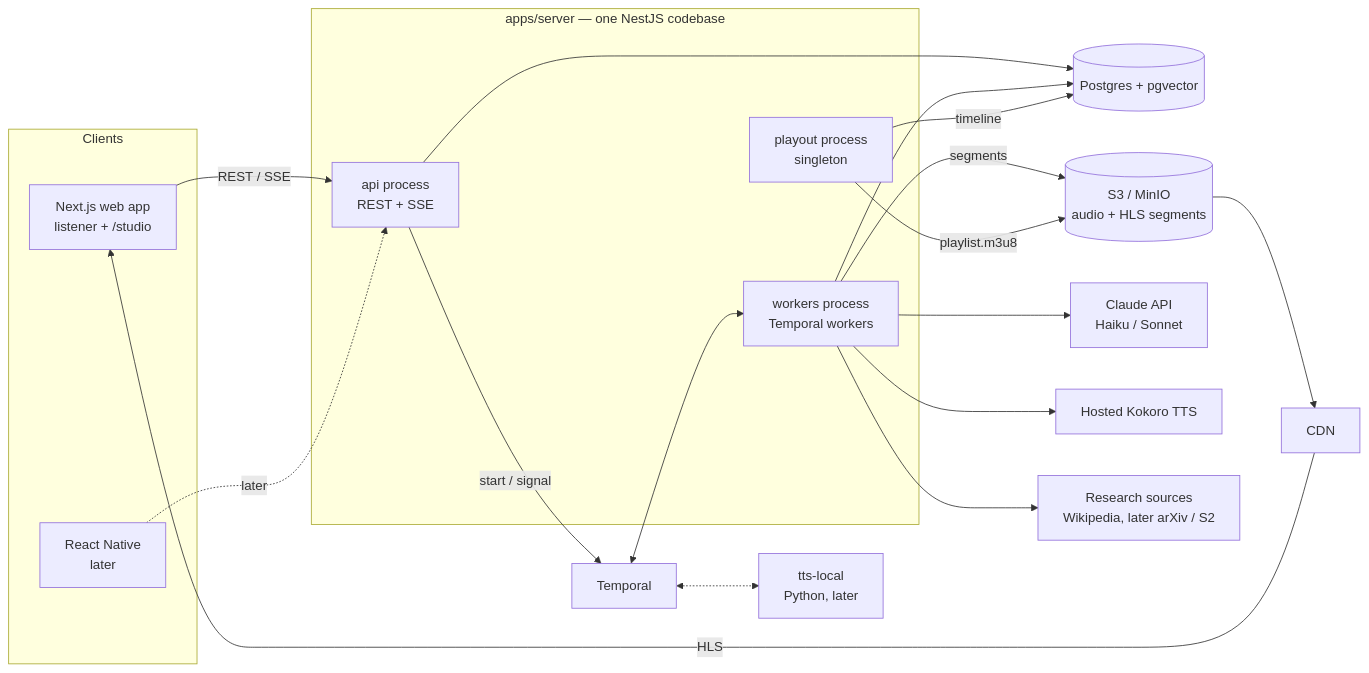
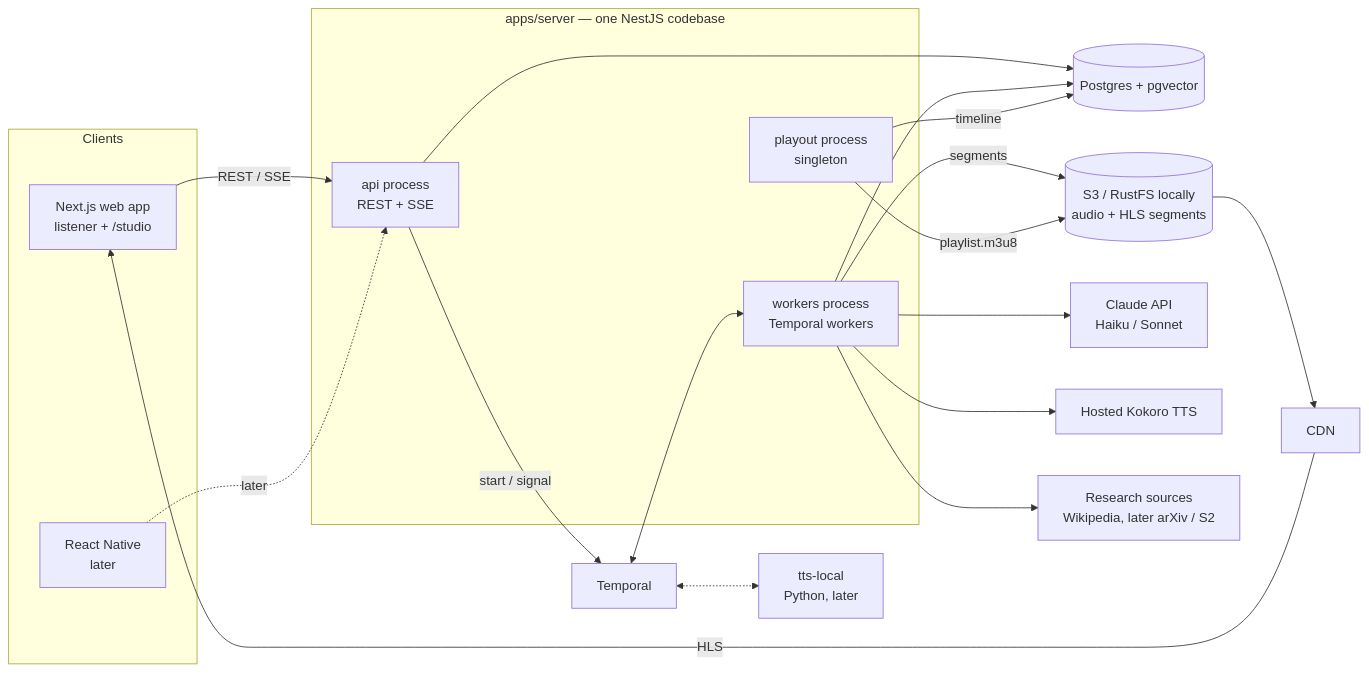
One commit to yossigreen/ai-radio changed the first of 2 diagrams in docs/ARCHITECTURE.md. Above: the diagram before and after it, drawn with Mermaid. The commit also changed other lines of this file and 7 other files, not shown here.

````diff
--- a/docs/ARCHITECTURE.md
+++ b/docs/ARCHITECTURE.md
@@ -18,38 +18,38 @@
 ```mermaid
 flowchart LR
   subgraph Clients
     WEB[Next.js web app<br/>listener + /studio]
     RN[React Native<br/>later]
   end
 
   subgraph Server["apps/server — one NestJS codebase"]
     API[api process<br/>REST + SSE]
     WRK[workers process<br/>Temporal workers]
     PLY[playout process<br/>singleton]
   end
 
   TTSL[tts-local<br/>Python, later]
   PG[(Postgres + pgvector)]
-  S3[(S3 / MinIO<br/>audio + HLS segments)]
+  S3[(S3 / RustFS locally<br/>audio + HLS segments)]
   CDN[CDN]
   TMP[Temporal]
   LLM[Claude API<br/>Haiku / Sonnet]
   TTS[Hosted Kokoro TTS]
   SRC[Research sources<br/>Wikipedia, later arXiv / S2]
 
   WEB -- REST / SSE --> API
   RN -. later .-> API
   API --> PG
   API -- start / signal --> TMP
   TMP <--> WRK
   WRK --> PG
   WRK --> LLM
   WRK --> TTS
   WRK --> SRC
   WRK -- segments --> S3
   TMP <-.-> TTSL
   PLY -- timeline --> PG
   PLY -- playlist.m3u8 --> S3
   S3 --> CDN
   CDN -- HLS --> WEB
 ```
````
